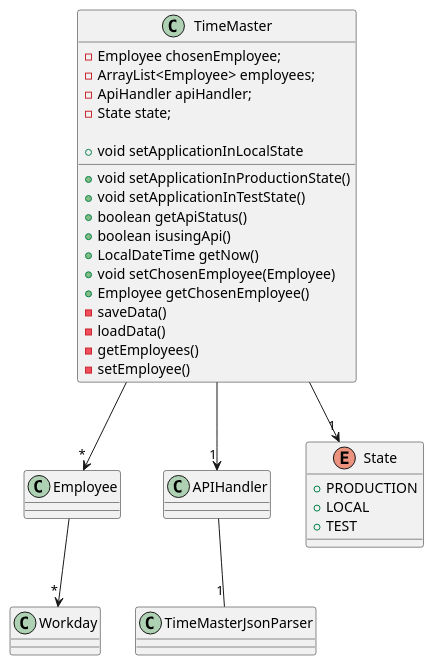
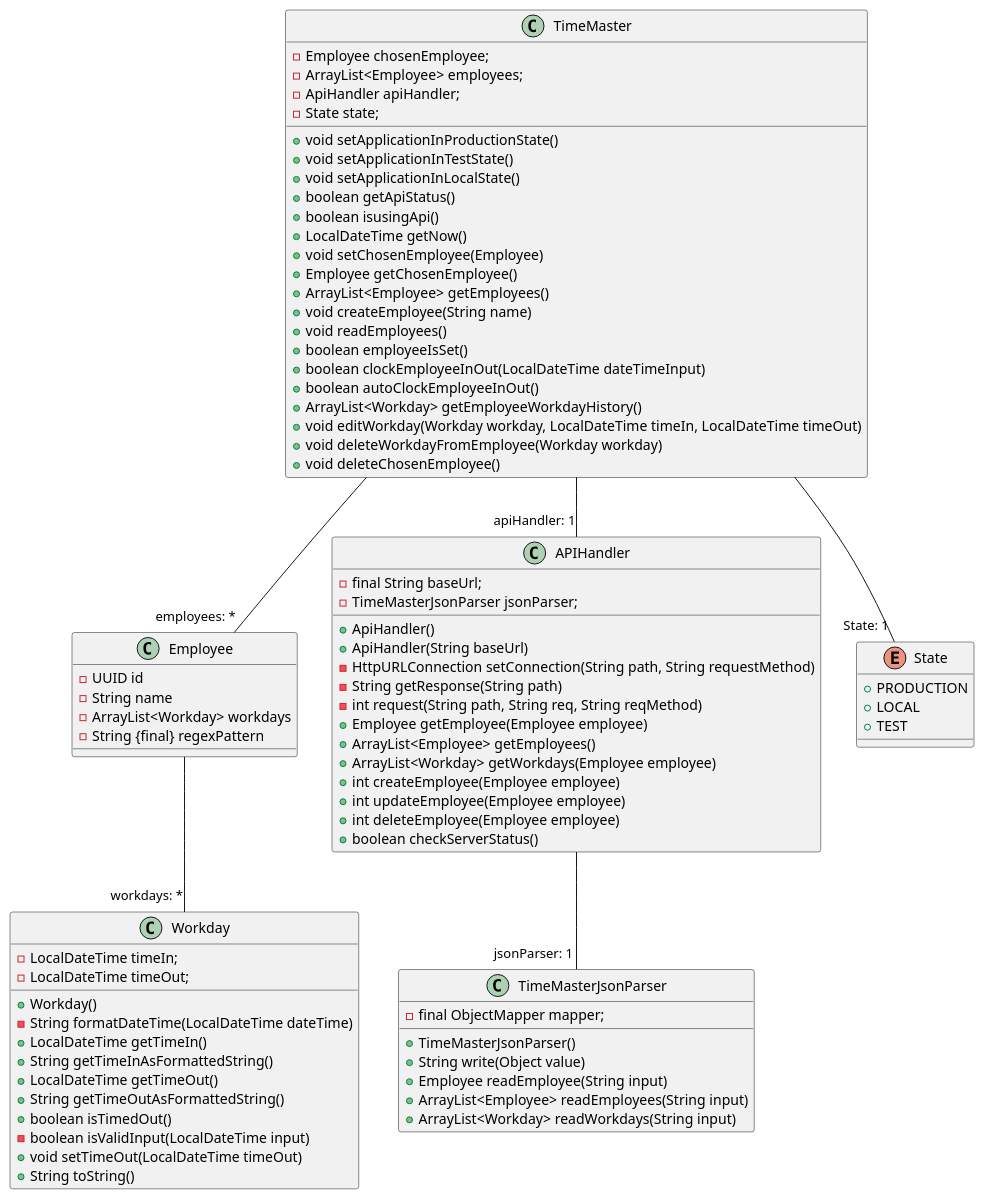
The diagram in docs/diagrams/classdiagram2.plantuml (sleipner01/TimeMaster), drawn with PlantUML before and after one commit.

Commit message:
Progress in class-diagram

```diff
--- a/docs/diagrams/classdiagram2.plantuml
+++ b/docs/diagrams/classdiagram2.plantuml
@@ -1,58 +1,96 @@
 @startuml Time Master
 
 class TimeMaster {
   - Employee chosenEmployee;
   - ArrayList<Employee> employees;
   - ApiHandler apiHandler;
   - State state;
 
   + void setApplicationInProductionState()
   + void setApplicationInTestState()
-  + void setApplicationInLocalState
+  + void setApplicationInLocalState()
   + boolean getApiStatus()
   + boolean isusingApi()
   + LocalDateTime getNow()
   + void setChosenEmployee(Employee)
   + Employee getChosenEmployee()
-  
-
-
-  - saveData()
-  - loadData()
-  - getEmployees()
-  - setEmployee()
-
+  + ArrayList<Employee> getEmployees()
+  + void createEmployee(String name)
+  + void readEmployees()
+  + boolean employeeIsSet()
+  + boolean clockEmployeeInOut(LocalDateTime dateTimeInput) 
+  + boolean autoClockEmployeeInOut() 
+  + ArrayList<Workday> getEmployeeWorkdayHistory() 
+  + void editWorkday(Workday workday, LocalDateTime timeIn, LocalDateTime timeOut)
+  + void deleteWorkdayFromEmployee(Workday workday)
+  + void deleteChosenEmployee()
 }
 
 class Employee{
-
+  - UUID id
+  - String name
+  - ArrayList<Workday> workdays
+  - String {final} regexPattern
 }
 
 class Workday{
+  - LocalDateTime timeIn;
+  - LocalDateTime timeOut;
 
+  + Workday()
+  - String formatDateTime(LocalDateTime dateTime)
+  + LocalDateTime getTimeIn()
+  + String getTimeInAsFormattedString() 
+  + LocalDateTime getTimeOut()
+  + String getTimeOutAsFormattedString()
+  + boolean isTimedOut()
+  - boolean isValidInput(LocalDateTime input)
+  + void setTimeOut(LocalDateTime timeOut)
+  + String toString()
 }
 
 
 class APIHandler{
+  - final String baseUrl;
+  - TimeMasterJsonParser jsonParser;
+
+  + ApiHandler()
+  + ApiHandler(String baseUrl) 
+  - HttpURLConnection setConnection(String path, String requestMethod)
+  - String getResponse(String path)
+  - int request(String path, String req, String reqMethod)
+  + Employee getEmployee(Employee employee)
+  + ArrayList<Employee> getEmployees()
+  + ArrayList<Workday> getWorkdays(Employee employee)
+  + int createEmployee(Employee employee)
+  + int updateEmployee(Employee employee)
+  + int deleteEmployee(Employee employee)
+  + boolean checkServerStatus()
 
 }
 
 class TimeMasterJsonParser{
+  - final ObjectMapper mapper;
 
+  + TimeMasterJsonParser()
+  + String write(Object value)
+  + Employee readEmployee(String input)
+  + ArrayList<Employee> readEmployees(String input) 
+  + ArrayList<Workday> readWorkdays(String input) 
 }
 
 enum State {
   + PRODUCTION
   + LOCAL
   + TEST
 }
 
 
-TimeMaster --> "*" Employee
-TimeMaster --> "1" State
-Employee --> "*" Workday 
-TimeMaster --> "1" APIHandler
-APIHandler -- "1" TimeMasterJsonParser
+TimeMaster -- "employees: *" Employee
+TimeMaster -- "State: 1" State
+Employee -- "workdays: *" Workday 
+TimeMaster -- "apiHandler: 1" APIHandler
+APIHandler -- "jsonParser: 1" TimeMasterJsonParser
 
 
 @enduml
```
